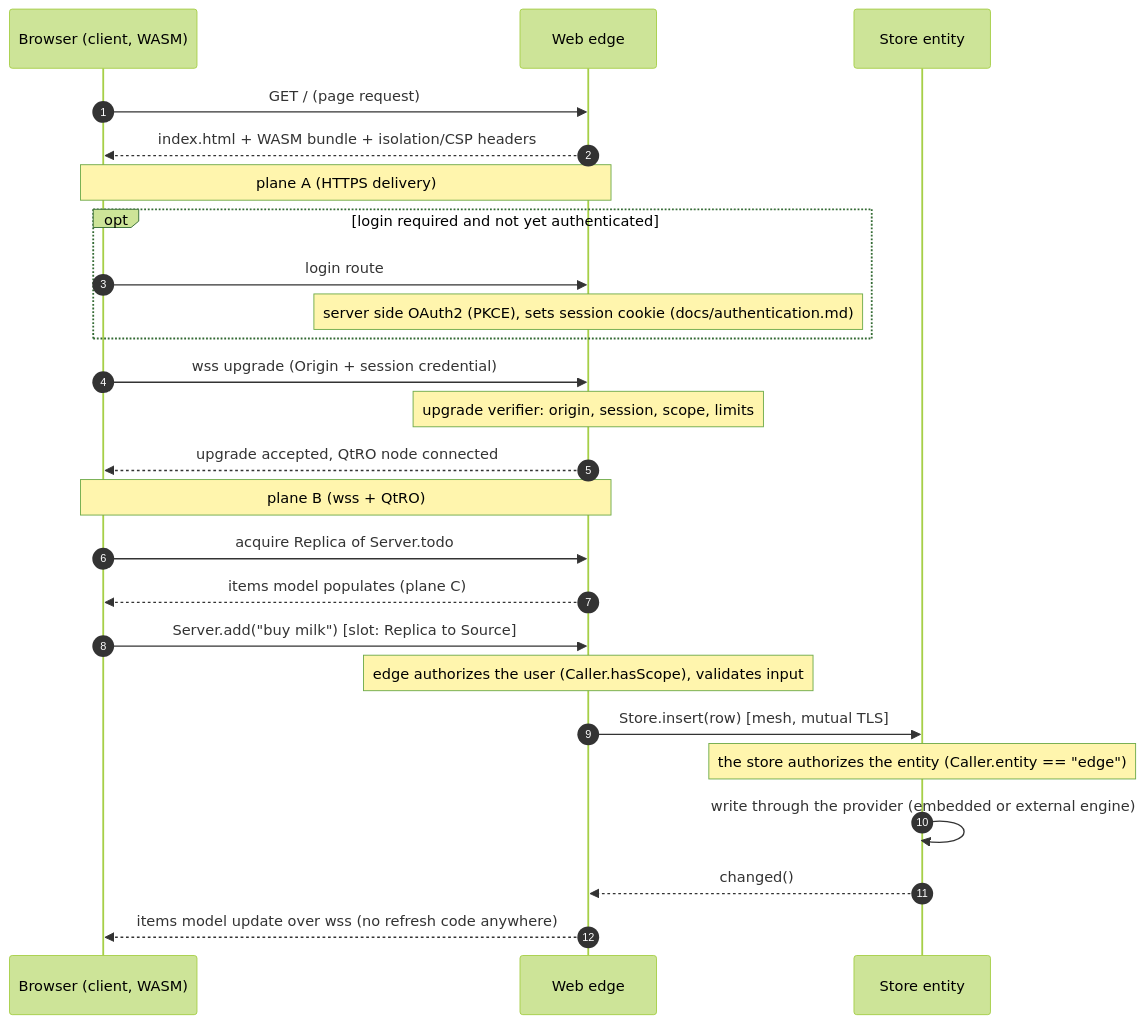
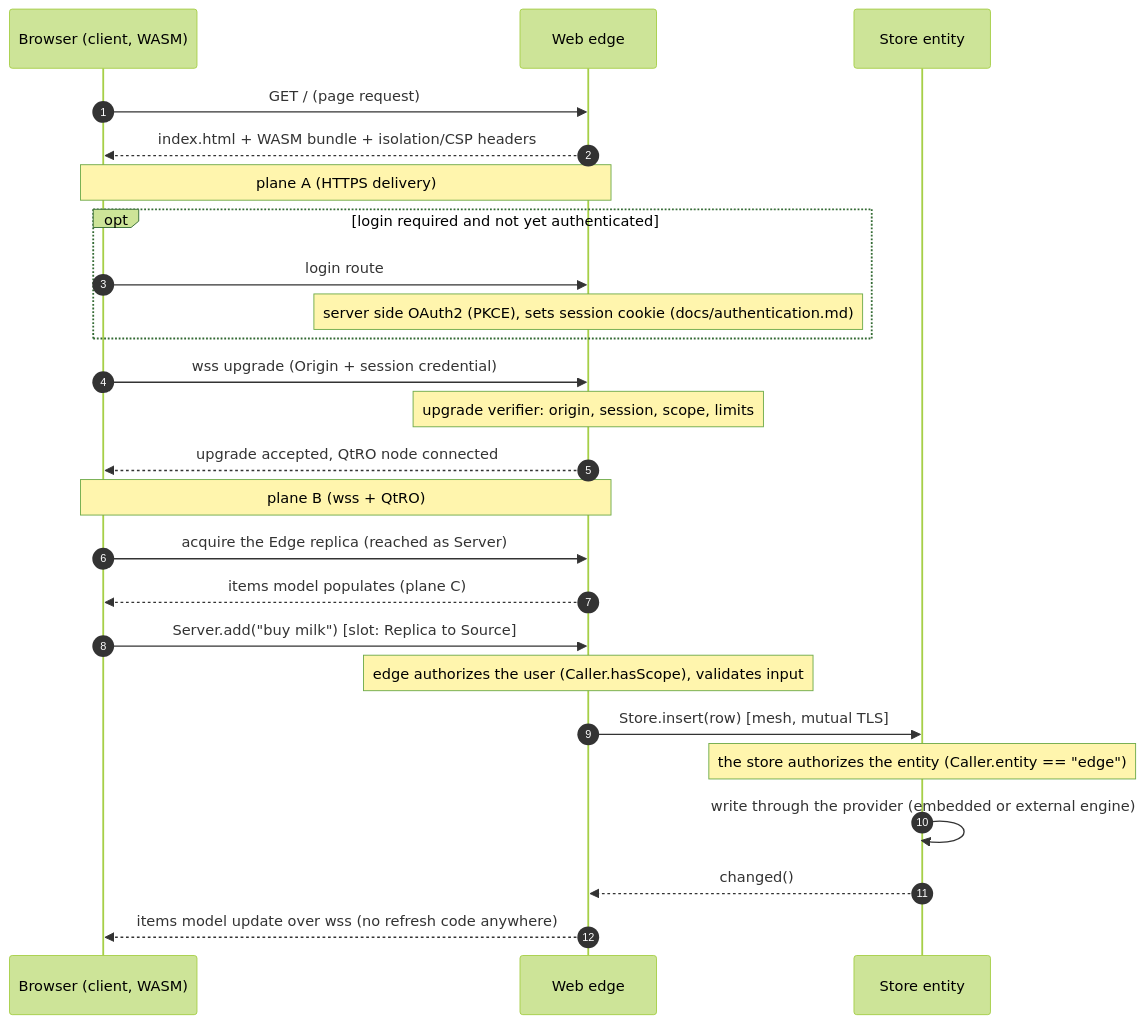
The second of 2 diagrams in docs/architecture.md (Kidev/SynQt), drawn with Mermaid (forest theme) before and after one commit. The commit also changed other lines of this file and 3 other files, not shown here.

````diff
--- a/docs/architecture.md
+++ b/docs/architecture.md
@@ -238,27 +241,27 @@
 ```mermaid
 sequenceDiagram
     autonumber
     participant B as Browser (client, WASM)
     participant E as Web edge
     participant D as Store entity
     B->>E: GET / (page request)
     E-->>B: index.html + WASM bundle + isolation/CSP headers
     Note over B,E: plane A (HTTPS delivery)
     opt login required and not yet authenticated
         B->>E: login route
         Note over E: server side OAuth2 (PKCE), sets session cookie (docs/authentication.md)
     end
     B->>E: wss upgrade (Origin + session credential)
     Note over E: upgrade verifier: origin, session, scope, limits
     E-->>B: upgrade accepted, QtRO node connected
     Note over B,E: plane B (wss + QtRO)
-    B->>E: acquire Replica of Server.todo
+    B->>E: acquire the Edge replica (reached as Server)
     E-->>B: items model populates (plane C)
     B->>E: Server.add("buy milk")  [slot: Replica to Source]
     Note over E: edge authorizes the user (Caller.hasScope), validates input
     E->>D: Store.insert(row)  [mesh, mutual TLS]
     Note over D: the store authorizes the entity (Caller.entity == "edge")
     D->>D: write through the provider (embedded or external engine)
     D-->>E: changed()
     E-->>B: items model update over wss (no refresh code anywhere)
 ```
````
